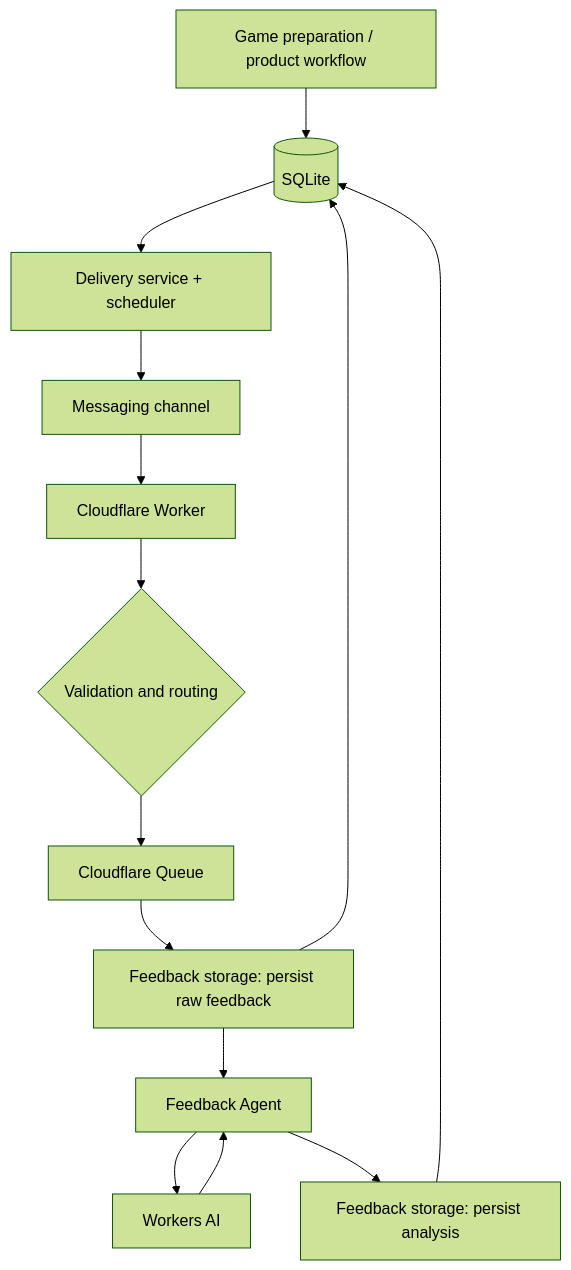
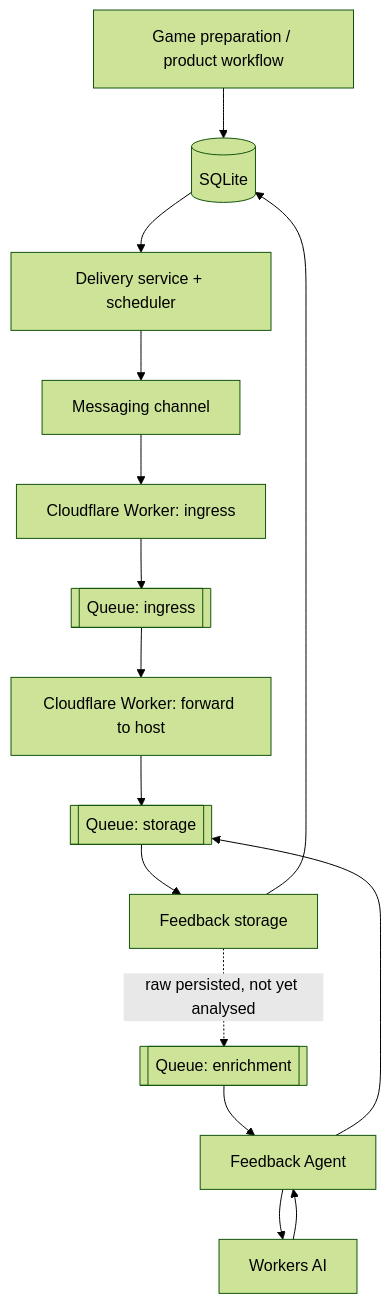
The diagram in README.md (LukshinVI/game-of-the-day), drawn with Mermaid (forest theme) before and after one commit. The commit also changed other lines of this file and 1 other file, not shown here.

````diff
--- a/README.md
+++ b/README.md
@@ -35,16 +35,16 @@
 ```mermaid
 flowchart TD
     P[Game preparation / product workflow] --> DB[(SQLite)]
     DB --> D[Delivery service + scheduler]
     D --> CH[Messaging channel]
-    CH --> W[Cloudflare Worker]
-    W --> V{Validation and routing}
-    V --> Q[Cloudflare Queue]
-    Q --> RAW[Feedback storage: persist raw feedback]
-    RAW --> DB
-    RAW --> F[Feedback Agent]
+    CH --> W[Cloudflare Worker: ingress]
+    W --> QA[[Queue: ingress]]
+    QA --> W2[Cloudflare Worker: forward to host]
+    W2 --> QB[[Queue: storage]]
+    QC[[Queue: enrichment]] --> F[Feedback Agent]
     F --> AI[Workers AI]
     AI --> F
-    F --> RES[Feedback storage: persist analysis]
-    RES --> DB
+    F --> QB
+    QB --> STORE[Feedback storage] --> DB
+    STORE -. raw persisted, not yet analysed .-> QC
 ```
````
